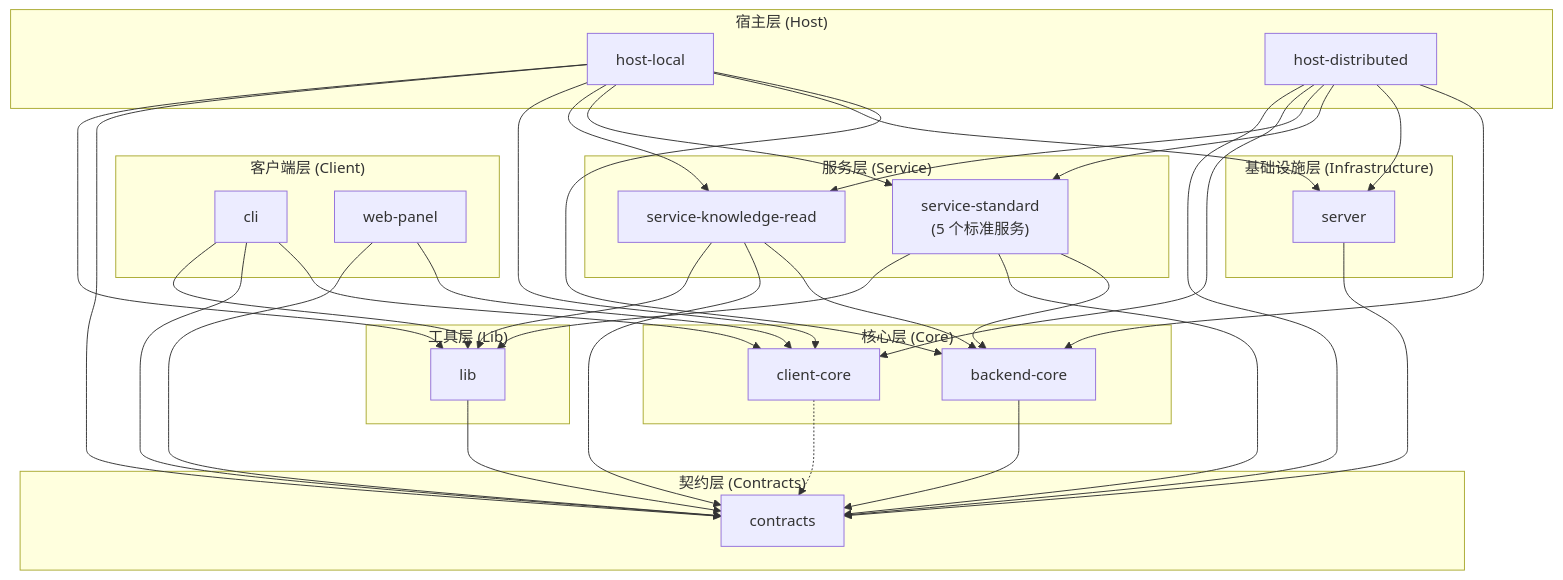
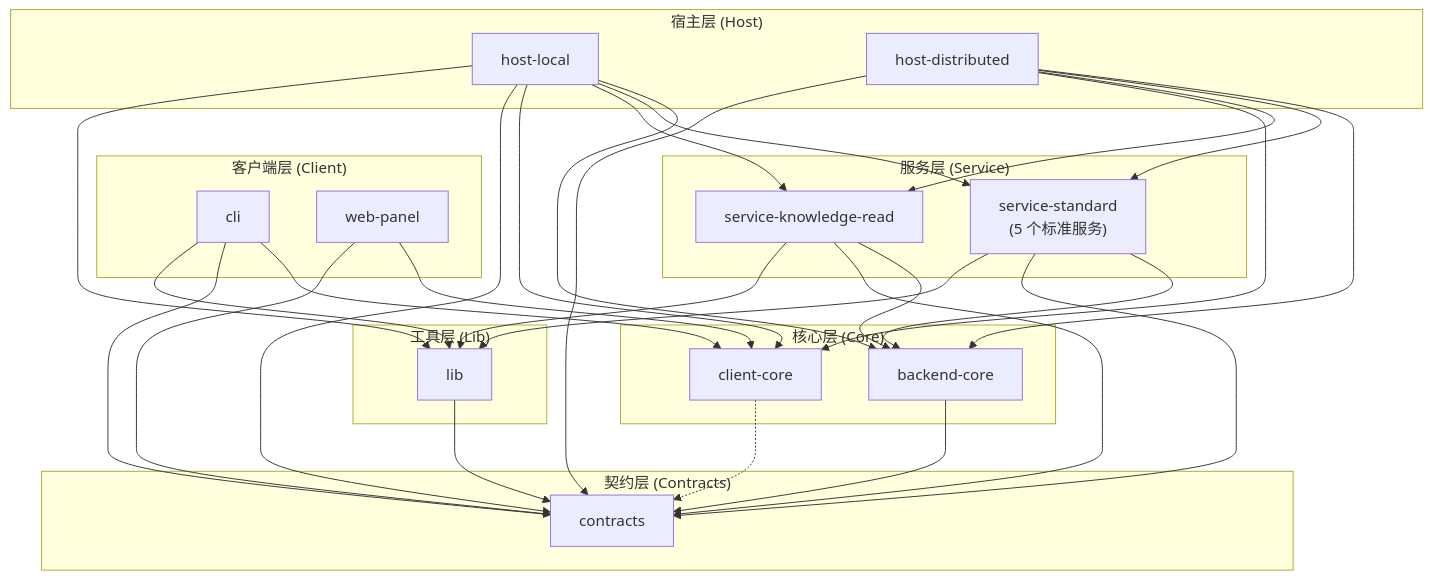
Before and after one commit to pofossette/TrapMap-for-vibing: the diagram in docs/architecture/BOUNDARIES.md, drawn with Mermaid. The commit also changed other lines of this file and 21 other files, not shown here.

First line of the commit message:
refactor: converge remaining duplication — contracts schema, CLI helpers, observability redact, stale server refs

````diff
--- a/docs/architecture/BOUNDARIES.md
+++ b/docs/architecture/BOUNDARIES.md
@@ -34,70 +33,63 @@
 ```mermaid
 flowchart TB
     subgraph 宿主层["宿主层 (Host)"]
         host-local["host-local"]
         host-distributed["host-distributed"]
     end
 
     subgraph 客户端层["客户端层 (Client)"]
         cli["cli"]
         web-panel["web-panel"]
     end
 
     subgraph 服务层["服务层 (Service)"]
         service-standard["service-standard<br/>(5 个标准服务)"]
         service-knowledge-read["service-knowledge-read"]
     end
 
-    subgraph 基础设施层["基础设施层 (Infrastructure)"]
-        server["server"]
-    end
-
     subgraph 核心层["核心层 (Core)"]
         backend-core["backend-core"]
         client-core["client-core"]
     end
 
     subgraph 工具层["工具层 (Lib)"]
         lib["lib"]
     end
 
     subgraph 契约层["契约层 (Contracts)"]
         contracts["contracts"]
     end
 
     host-local --> backend-core
-    host-local --> server
     host-local --> service-standard
     host-local --> service-knowledge-read
     host-local --> client-core
     host-local --> contracts
     host-local --> lib
 
     host-distributed --> backend-core
-    host-distributed --> server
     host-distributed --> service-standard
     host-distributed --> service-knowledge-read
     host-distributed --> client-core
     host-distributed --> contracts
 
     service-standard --> backend-core
     service-standard --> contracts
     service-standard --> lib
 
     service-knowledge-read --> backend-core
     service-knowledge-read --> contracts
     service-knowledge-read --> lib
-    server --> contracts
 
     backend-core --> contracts
 
     cli --> client-core
     cli --> contracts
     cli --> lib
 
     web-panel --> client-core
     web-panel --> contracts
 
     client-core -.-> contracts
     lib --> contracts
 ```
````
